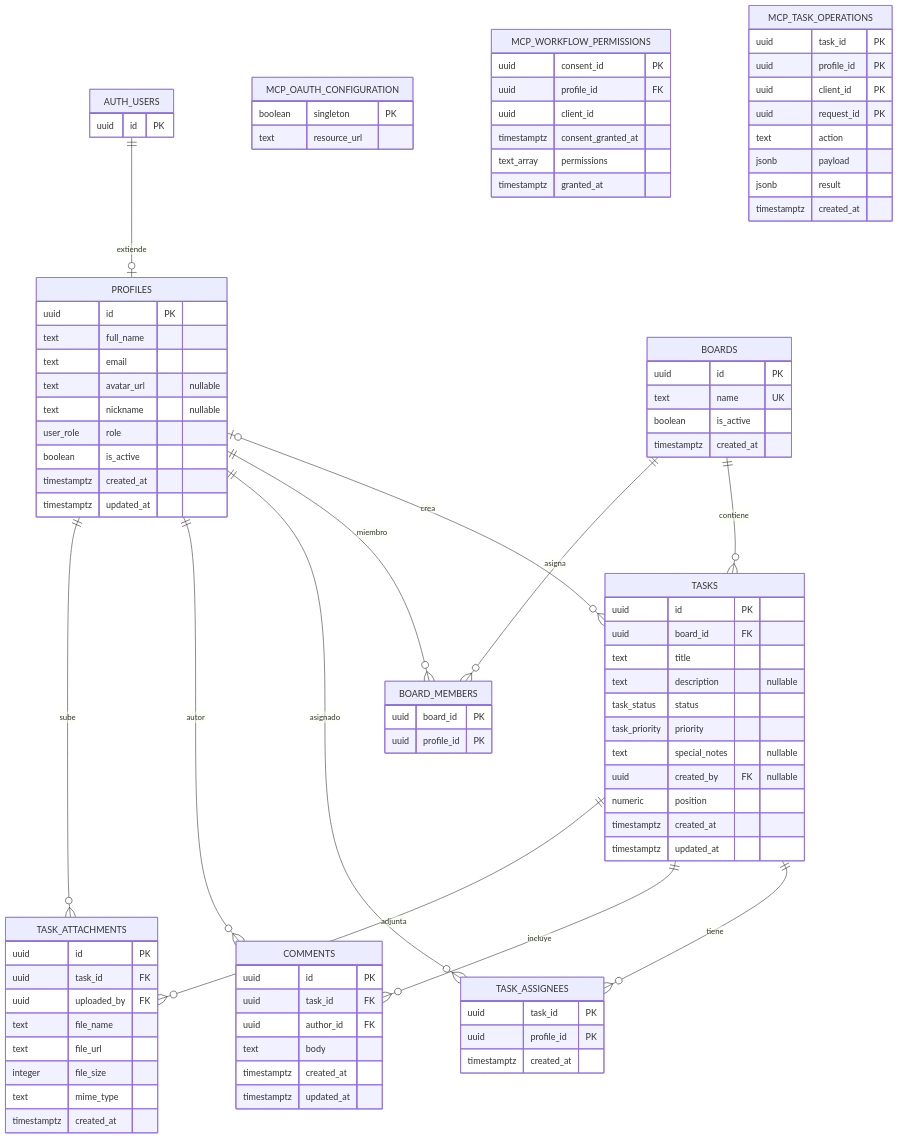
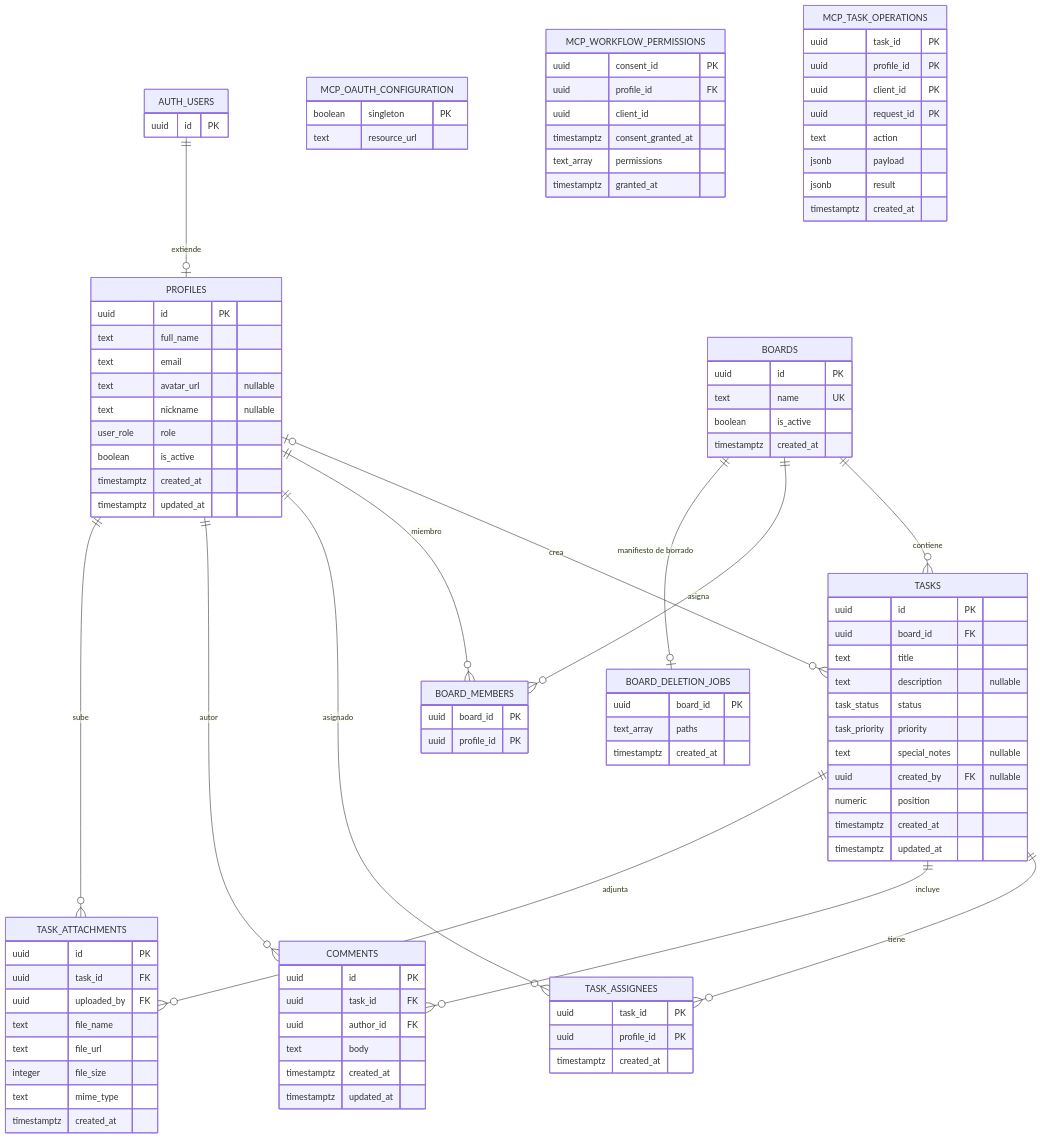
One commit to furthurr/dashboardFurthurr changed the diagram in .data/04-schema.md. Above: the diagram before and after it, drawn with Mermaid. The commit also changed other lines of this file and 43 other files, not shown here.

```diff
--- a/.data/04-schema.md
+++ b/.data/04-schema.md
@@ -82,6 +139,7 @@
   PROFILES o|--o{ TASKS : "crea"
   BOARDS ||--o{ TASKS : "contiene"
   BOARDS ||--o{ BOARD_MEMBERS : "asigna"
+  BOARDS ||--o| BOARD_DELETION_JOBS : "manifiesto de borrado"
   PROFILES ||--o{ BOARD_MEMBERS : "miembro"
   TASKS ||--o{ TASK_ASSIGNEES : "tiene"
   PROFILES ||--o{ TASK_ASSIGNEES : "asignado"
@@ -113,6 +171,11 @@
   BOARD_MEMBERS {
     uuid board_id PK
     uuid profile_id PK
+  }
+  BOARD_DELETION_JOBS {
+    uuid board_id PK
+    text_array paths
+    timestamptz created_at
   }
   TASKS {
     uuid id PK
```
